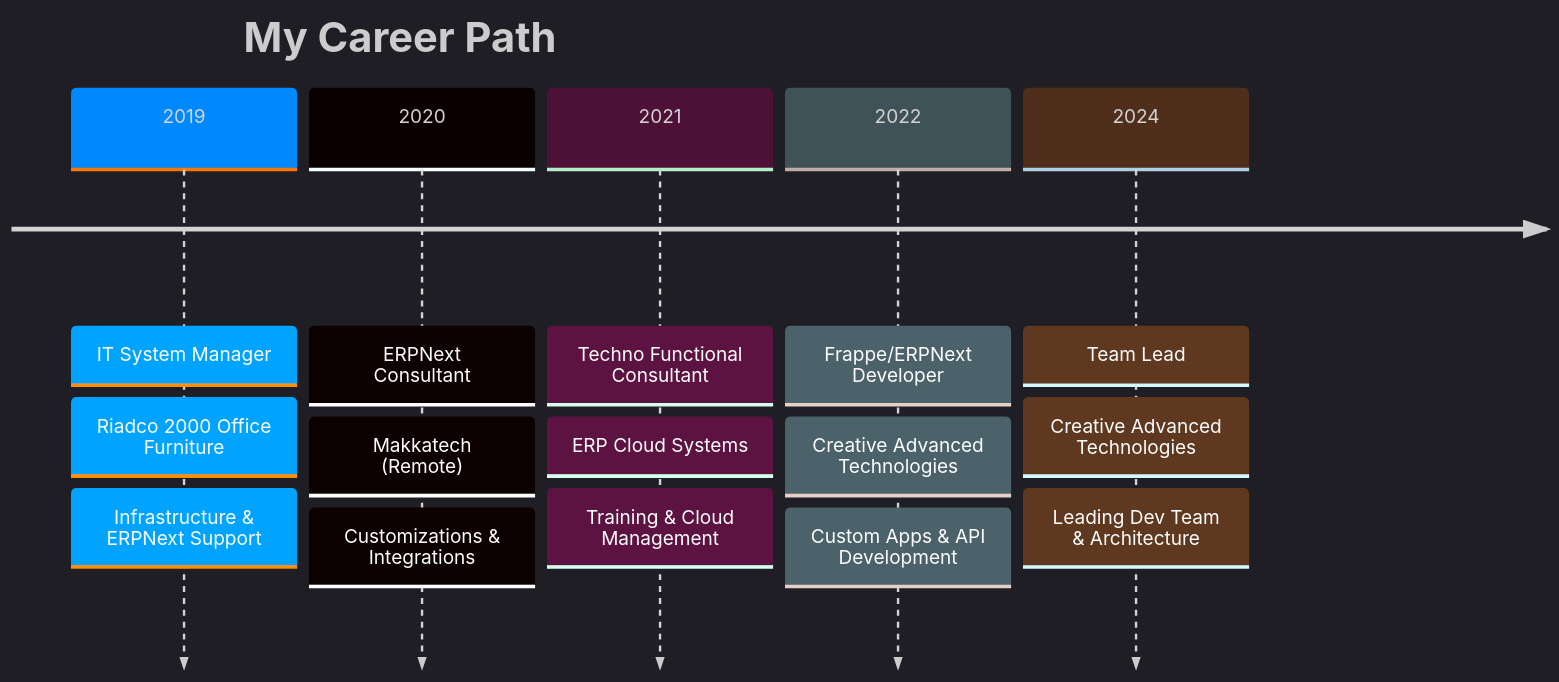
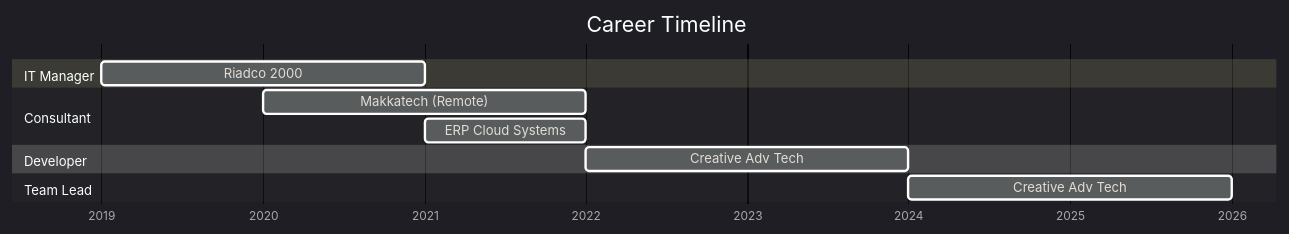
Before and after one commit to ahmedemamhatem/ahmedemamhatem: the diagram in README.md, drawn with Mermaid. The commit also changed other lines of this file and 1 other file, not shown here.

First line of the commit message:
Create ultra-advanced animated portfolio

````diff
--- a/README.md
+++ b/README.md
@@ -128,20 +161,20 @@
 ```mermaid
-%%{init: {'theme': 'dark', 'themeVariables': { 'primaryColor': '#0089FF', 'primaryTextColor': '#fff', 'primaryBorderColor': '#5BCDEC', 'lineColor': '#5BCDEC', 'secondaryColor': '#0d1117', 'tertiaryColor': '#161b22'}}}%%
-timeline
-    title My Career Path
-    2019 : IT System Manager
-         : Riadco 2000 Office Furniture
-         : Infrastructure & ERPNext Support
-    2020 : ERPNext Consultant
-         : Makkatech (Remote)
-         : Customizations & Integrations
-    2021 : Techno Functional Consultant
-         : ERP Cloud Systems
-         : Training & Cloud Management
-    2022 : Frappe/ERPNext Developer
-         : Creative Advanced Technologies
-         : Custom Apps & API Development
-    2024 : Team Lead
-         : Creative Advanced Technologies
-         : Leading Dev Team & Architecture
+%%{init: {'theme': 'dark', 'themeVariables': { 'primaryColor': '#5BCDEC', 'primaryTextColor': '#fff', 'primaryBorderColor': '#5BCDEC', 'lineColor': '#5BCDEC', 'secondaryColor': '#0d1117', 'tertiaryColor': '#161b22'}}}%%
+gantt
+    title Career Timeline
+    dateFormat  YYYY
+    axisFormat  %Y
+
+    section IT Manager
+    Riadco 2000           :2019, 2021
+
+    section Consultant
+    Makkatech (Remote)    :2020, 2022
+    ERP Cloud Systems     :2021, 2022
+
+    section Developer
+    Creative Adv Tech     :2022, 2024
+
+    section Team Lead
+    Creative Adv Tech     :2024, 2026
 ```
````
